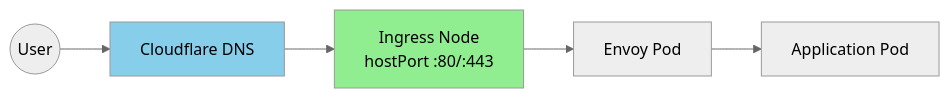
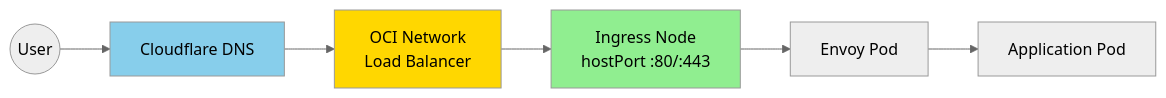
Before and after one commit to nsudhanva/k8s-oracle: the second of 5 diagrams in docs/src/content/docs/architecture/ingress.md, drawn with Mermaid (neutral theme). The commit also changed other lines of this file and 1 other file, not shown here.

First line of the commit message:
Update docs to reflect OCI Network Load Balancer

````diff
--- a/docs/src/content/docs/architecture/ingress.md
+++ b/docs/src/content/docs/architecture/ingress.md
@@ -29,10 +29,12 @@
 ```mermaid
 flowchart LR
     User((User)) --> DNS[Cloudflare DNS]
-    DNS --> Ingress[Ingress Node<br/>hostPort :80/:443]
+    DNS --> NLB[OCI Network<br/>Load Balancer]
+    NLB --> Ingress[Ingress Node<br/>hostPort :80/:443]
     Ingress --> Envoy[Envoy Pod]
     Envoy --> Pod[Application Pod]
 
+    style NLB fill:#FFD700
     style Ingress fill:#90EE90
     style DNS fill:#87CEEB
 ```
````
